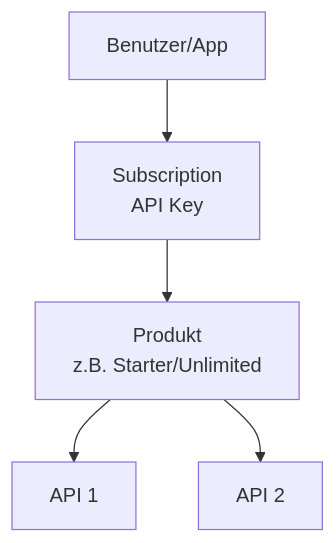
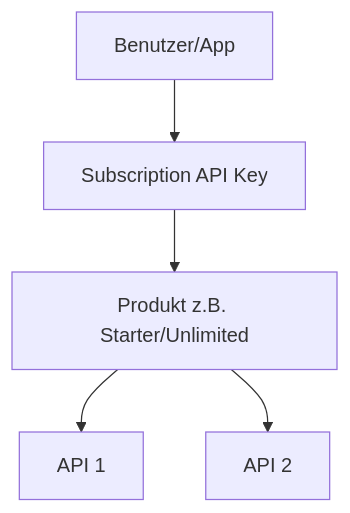
One commit to SoniiiT/notes-n-docs changed the third of 5 diagrams in Microsoft 365/Azure/Integration und Messaging/Azure API Management.md. Above: the diagram before and after it, drawn with Mermaid. The commit also changed other lines of this file and 124 other files, not shown here.

First line of the commit message:
fix: Entferne \n aus allen Mermaid-Diagrammen (125 Dateien)

````diff
--- a/Microsoft 365/Azure/Integration und Messaging/Azure API Management.md
+++ b/Microsoft 365/Azure/Integration und Messaging/Azure API Management.md
@@ -174,7 +174,7 @@
 ```mermaid
 flowchart TD
-    P[Produkt\nz.B. Starter/Unlimited] --> API1[API 1]
+    P[Produkt z.B. Starter/Unlimited] --> API1[API 1]
     P --> API2[API 2]
-    U[Benutzer/App] --> S[Subscription\nAPI Key]
+    U[Benutzer/App] --> S[Subscription API Key]
     S --> P
 ```
````
